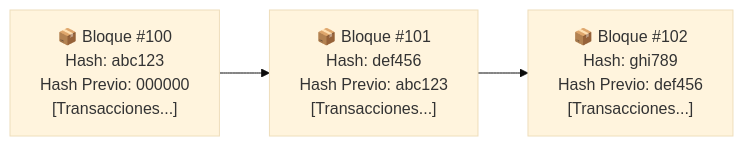
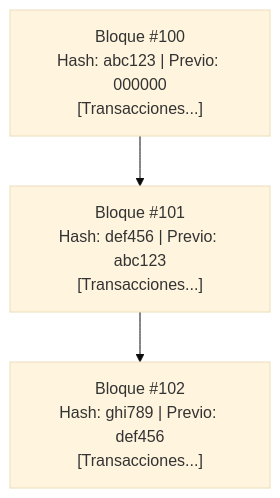
Before and after one commit to kernel-devs-lab/lab: the first of 2 diagrams in conceptos/02-que-es-blockchain.md, drawn with Mermaid (base theme). The commit also changed 3 other files, not shown here.

Commit message:
fix(docs): ajustar diagramas mermaid a vertical y usar br para evitar recortes

````diff
--- a/conceptos/02-que-es-blockchain.md
+++ b/conceptos/02-que-es-blockchain.md
@@ -33,5 +33,5 @@
 ```mermaid
-flowchart LR
-    B1["📦 Bloque #100\nHash: abc123\nHash Previo: 000000\n[Transacciones...]"] --> B2["📦 Bloque #101\nHash: def456\nHash Previo: abc123\n[Transacciones...]"]
-    B2 --> B3["📦 Bloque #102\nHash: ghi789\nHash Previo: def456\n[Transacciones...]"]
+flowchart TD
+    B1["Bloque #100<br/>Hash: abc123 | Previo: 000000<br/>[Transacciones...]"] --> B2["Bloque #101<br/>Hash: def456 | Previo: abc123<br/>[Transacciones...]"]
+    B2 --> B3["Bloque #102<br/>Hash: ghi789 | Previo: def456<br/>[Transacciones...]"]
 ```
````
